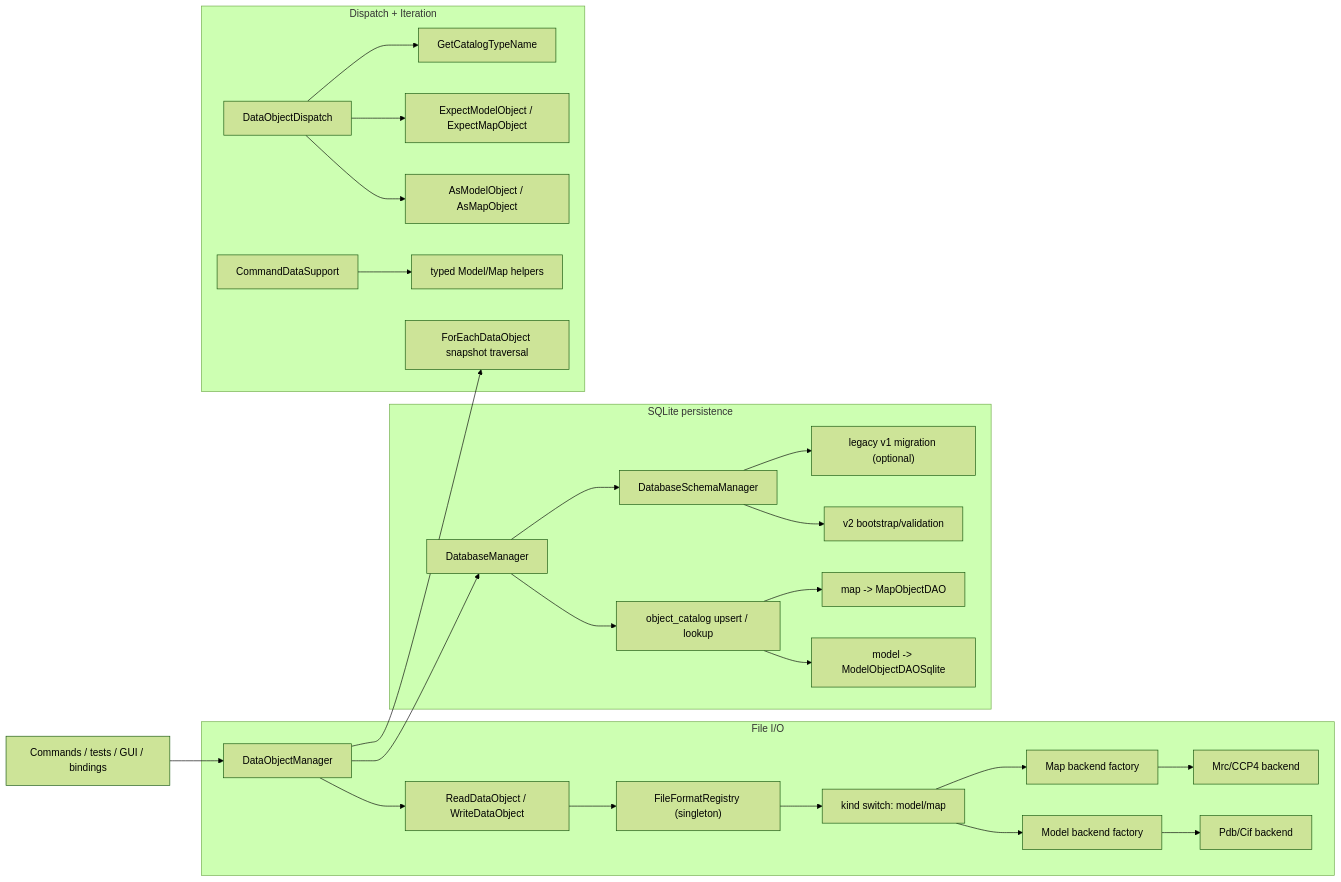
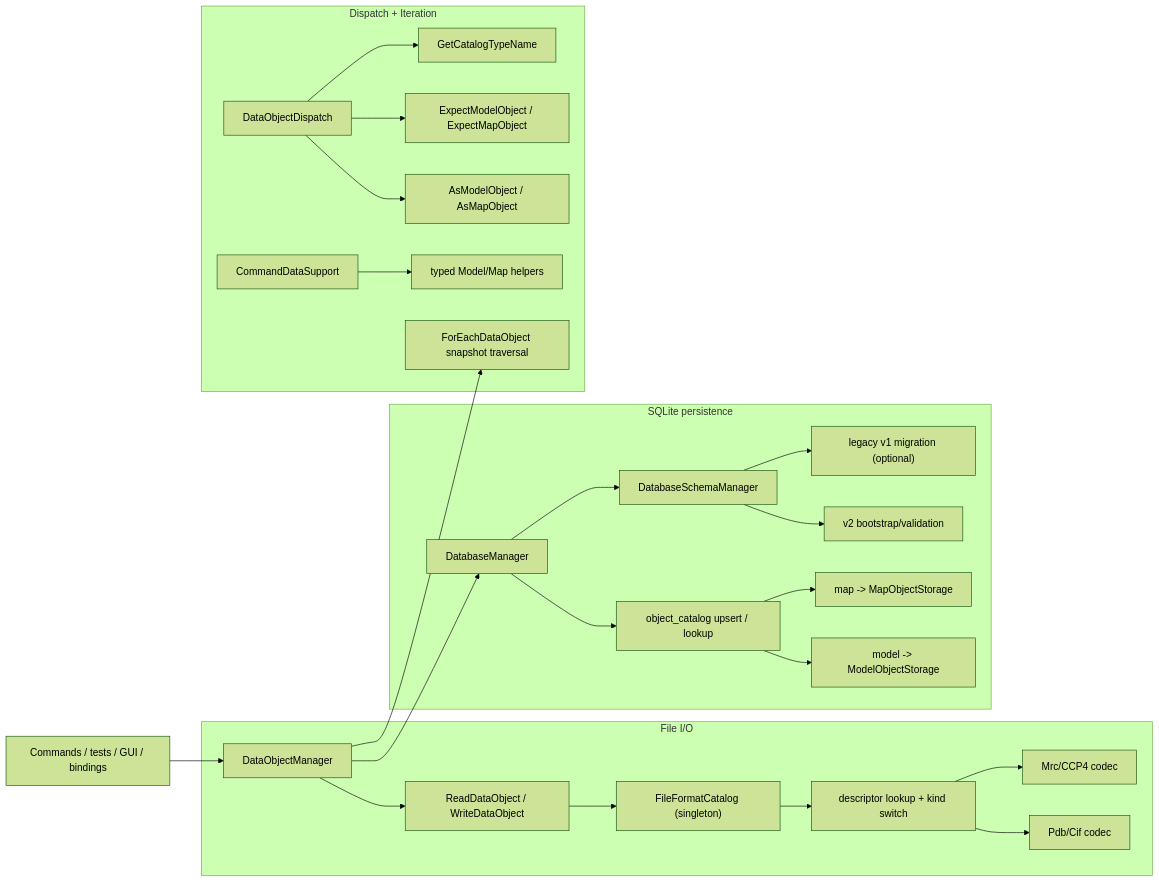
Before and after one commit to yslianTim/rhbm_gem: the diagram in docs/developer/architecture/dataobject-io-architecture.md, drawn with Mermaid (forest theme). The commit also changed other lines of this file and 37 other files, not shown here.

````diff
--- a/docs/developer/architecture/dataobject-io-architecture.md
+++ b/docs/developer/architecture/dataobject-io-architecture.md
@@ -39,32 +39,30 @@
 ```mermaid
 flowchart LR
     A["Commands / tests / GUI / bindings"] --> B["DataObjectManager"]
 
     subgraph F["File I/O"]
       B --> C["ReadDataObject / WriteDataObject"]
-      C --> D["FileFormatRegistry (singleton)"]
-      D --> E["kind switch: model/map"]
-      E --> F1["Model backend factory"]
-      E --> F2["Map backend factory"]
-      F1 --> G1["Pdb/Cif backend"]
-      F2 --> G2["Mrc/CCP4 backend"]
+      C --> D["FileFormatCatalog (singleton)"]
+      D --> E["descriptor lookup + kind switch"]
+      E --> F1["Pdb/Cif codec"]
+      E --> F2["Mrc/CCP4 codec"]
     end
 
     subgraph P["SQLite persistence"]
       B --> H["DatabaseManager"]
       H --> I["object_catalog upsert / lookup"]
-      I --> J["model -> ModelObjectDAOSqlite"]
-      I --> K["map -> MapObjectDAO"]
+      I --> J["model -> ModelObjectStorage"]
+      I --> K["map -> MapObjectStorage"]
       H --> L["DatabaseSchemaManager"]
       L --> M["v2 bootstrap/validation"]
       L --> N["legacy v1 migration (optional)"]
     end
 
     subgraph D2["Dispatch + Iteration"]
       B --> Q["ForEachDataObject snapshot traversal"]
       R["DataObjectDispatch"] --> R1["AsModelObject / AsMapObject"]
       R --> R2["ExpectModelObject / ExpectMapObject"]
       R --> R3["GetCatalogTypeName"]
       S["CommandDataSupport"] --> S1["typed Model/Map helpers"]
     end
 ```
````
